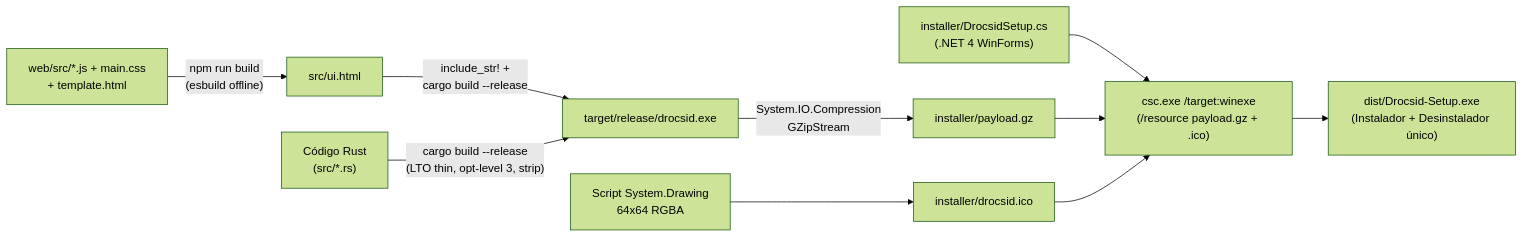
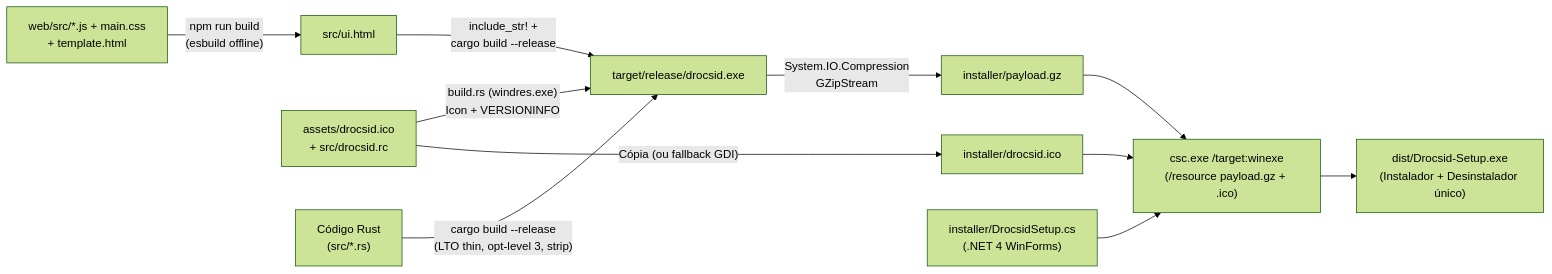
One commit to thurzyn001/Drocsid changed the third of 3 diagrams in ARCHITECTURE.md. Above: the diagram before and after it, drawn with Mermaid (forest theme). The commit also changed other lines of this file and 24 other files, not shown here.

````diff
--- a/ARCHITECTURE.md
+++ b/ARCHITECTURE.md
@@ -216,12 +217,13 @@
 ```mermaid
 flowchart LR
     WEB["web/src/*.js + main.css\n+ template.html"] -->|"npm run build\n(esbuild offline)"| HTML["src/ui.html"]
-    HTML -->|"include_str! +\ncargo build --release"| BIN["target/release/drocsid.exe"]
+    RES["assets/drocsid.ico\n+ src/drocsid.rc"] -->|"build.rs (windres.exe)\nIcon + VERSIONINFO"| BIN["target/release/drocsid.exe"]
+    HTML -->|"include_str! +\ncargo build --release"| BIN
     SRC["Código Rust\n(src/*.rs)"] -->|"cargo build --release\n(LTO thin, opt-level 3, strip)"| BIN
     BIN -->|"System.IO.Compression\nGZipStream"| GZ["installer/payload.gz"]
-    ICON["Script System.Drawing\n64x64 RGBA"] --> ICO["installer/drocsid.ico"]
+    RES -->|"Cópia (ou fallback GDI)"| ICO["installer/drocsid.ico"]
     CS["installer/DrocsidSetup.cs\n(.NET 4 WinForms)"] --> CSC["csc.exe /target:winexe\n(/resource payload.gz + .ico)"]
     GZ --> CSC
     ICO --> CSC
     CSC --> SETUP["dist/Drocsid-Setup.exe\n(Instalador + Desinstalador único)"]
 ```
````
